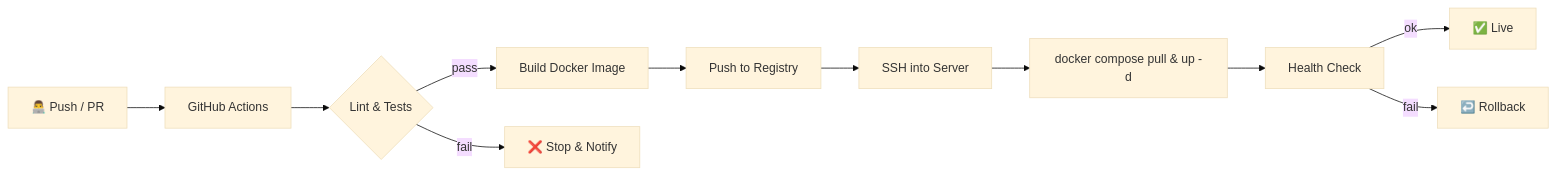
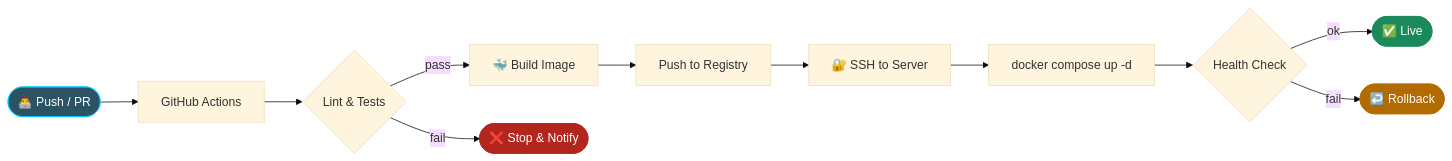
One commit to JiteshAI-web/JiteshAI-web changed the first of 2 diagrams in README.md. Above: the diagram before and after it, drawn with Mermaid (base theme). The commit also changed other lines of this file, not shown here.

````diff
--- a/README.md
+++ b/README.md
@@ -37,13 +78,18 @@
 ```mermaid
 flowchart LR
-    A[👨‍💻 Push / PR] --> B[GitHub Actions]
+    A([👨‍💻 Push / PR]) --> B[GitHub Actions]
     B --> C{Lint & Tests}
-    C -- pass --> D[Build Docker Image]
-    C -- fail --> X[❌ Stop & Notify]
+    C -- pass --> D[🐳 Build Image]
+    C -- fail --> X([❌ Stop & Notify])
     D --> E[Push to Registry]
-    E --> F[SSH into Server]
-    F --> G[docker compose pull & up -d]
-    G --> H[Health Check]
-    H -- ok --> I[✅ Live]
-    H -- fail --> R[↩️ Rollback]
+    E --> F[🔐 SSH to Server]
+    F --> G[docker compose up -d]
+    G --> H{Health Check}
+    H -- ok --> I([✅ Live])
+    H -- fail --> R([↩️ Rollback])
+
+    style A fill:#2C5364,color:#fff,stroke:#00C6FF
+    style I fill:#1b8a5a,color:#fff,stroke:#1b8a5a
+    style X fill:#b3261e,color:#fff,stroke:#b3261e
+    style R fill:#b36b00,color:#fff,stroke:#b36b00
 ```
````
